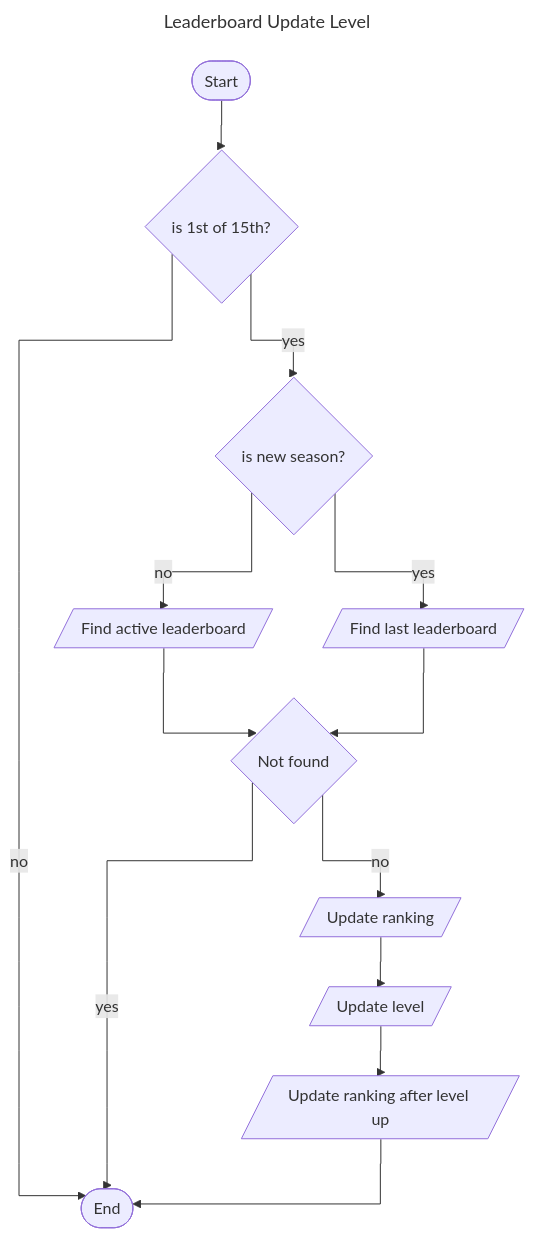
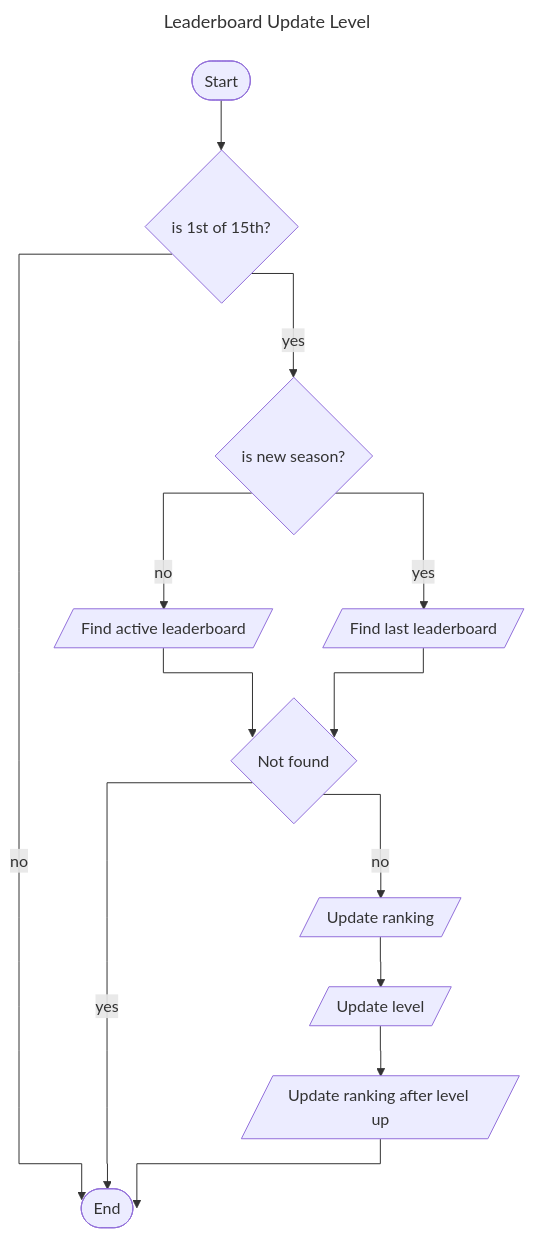
Before and after one commit to alextanhongpin/architecture-decision-records: the second of 2 diagrams in architecture/013-diagram-as-code.md, drawn with Mermaid.

Commit message:
docs: update diagram

````diff
--- a/architecture/013-diagram-as-code.md
+++ b/architecture/013-diagram-as-code.md
@@ -39,34 +39,34 @@
 ```mermaid
 ---
 title: Leaderboard Update Level
 ---
-%%{init: {'theme': 'default', 'themeVariables': {'darkMode': false}, "flowchart" : { "curve" : "stepBefore" } } }%%
+%%{init: {'theme': 'default', 'themeVariables': {'darkMode': false}, "flowchart" : { "curve" : "stepAfter" } } }%%
 flowchart TD
     start([Start])
     valid_date?{is 1st of 15th?}
     is_new_season?{is new season?}
 
     find_active_leaderboard[/Find active leaderboard/]
     find_last_leaderboard[/Find last leaderboard/]
     not_found{Not found}
     update_ranking[/Update ranking/]
     update_ranking_after_level_up[/Update ranking after level up/]
     update_level[/Update level/]
     exit([End])
 
     start --> valid_date?
     valid_date? -- no --> exit
     valid_date? -- yes --> is_new_season?
     is_new_season? -- no --> find_active_leaderboard
     find_active_leaderboard --> not_found
 
     is_new_season? -- yes --> find_last_leaderboard
     find_last_leaderboard --> not_found
 
     not_found -- yes --> exit
 
     not_found -- no --> update_ranking
     update_ranking --> update_level
     update_level --> update_ranking_after_level_up
     update_ranking_after_level_up --> exit
 ```
````
